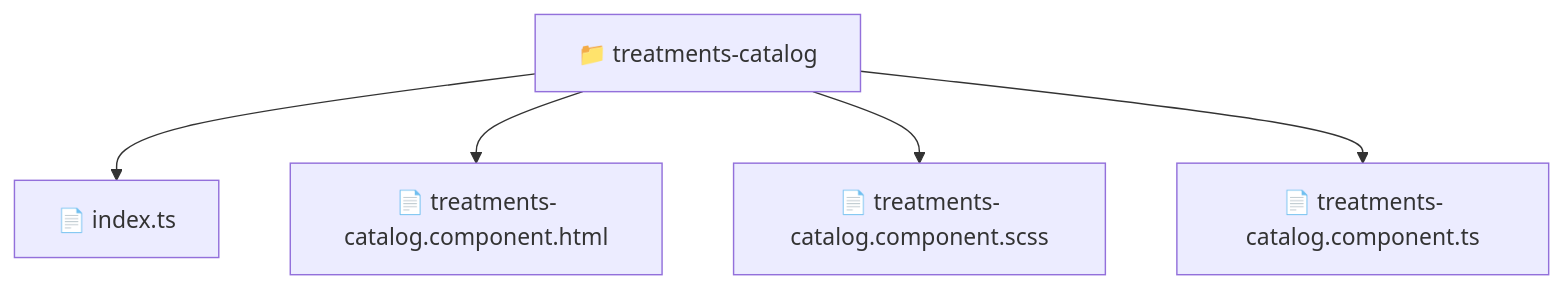
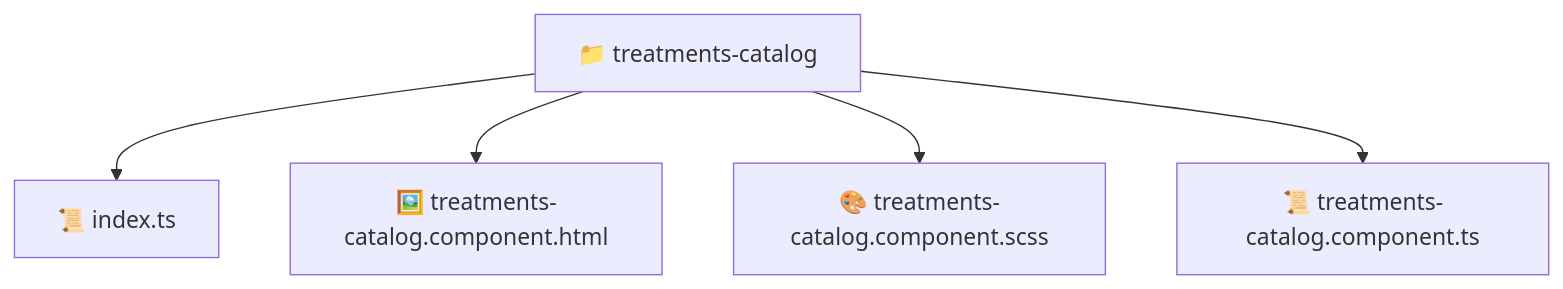
The diagram in frontend/src/pages/treatments-catalog/README.md (beginwebdev2002/fullstack-mavluda), drawn with Mermaid before and after one commit. The commit also changed other lines of this file and 163 other files, not shown here.

````diff
--- a/frontend/src/pages/treatments-catalog/README.md
+++ b/frontend/src/pages/treatments-catalog/README.md
@@ -11,8 +11,8 @@
 ```mermaid
 graph TD
-  Root["📁 treatments-catalog"]
-  Root --> index_ts["📄 index.ts"]
-  Root --> treatments_catalog_component_html["📄 treatments-catalog.component.html"]
-  Root --> treatments_catalog_component_scss["📄 treatments-catalog.component.scss"]
-  Root --> treatments_catalog_component_ts["📄 treatments-catalog.component.ts"]
+  treatments_catalog["📁 treatments-catalog"]
+  treatments_catalog --> index_ts["📜 index.ts"]
+  treatments_catalog --> treatments_catalog_component_html["🖼️ treatments-catalog.component.html"]
+  treatments_catalog --> treatments_catalog_component_scss["🎨 treatments-catalog.component.scss"]
+  treatments_catalog --> treatments_catalog_component_ts["📜 treatments-catalog.component.ts"]
 ```
````
